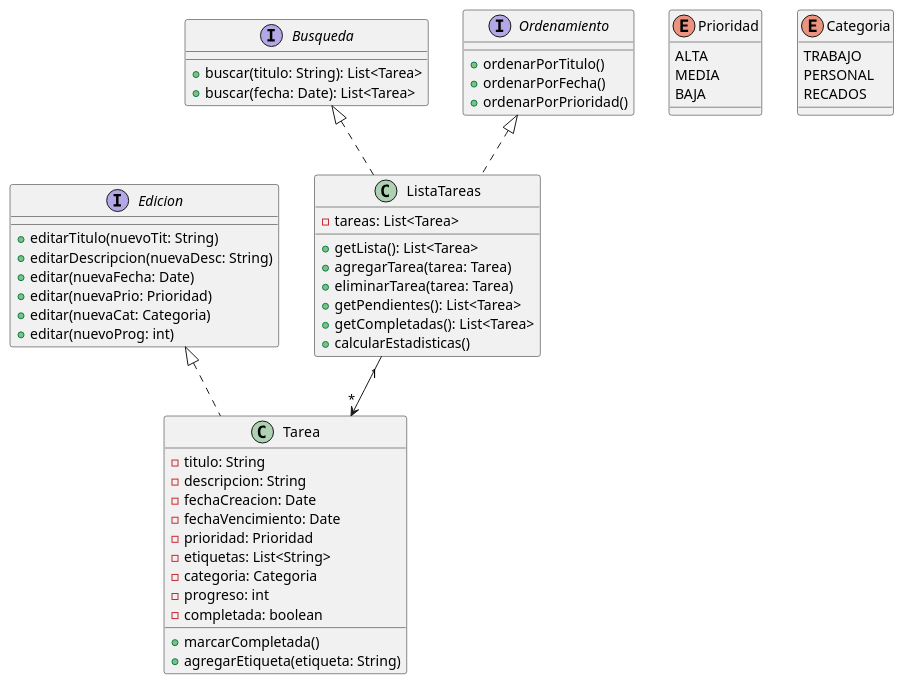
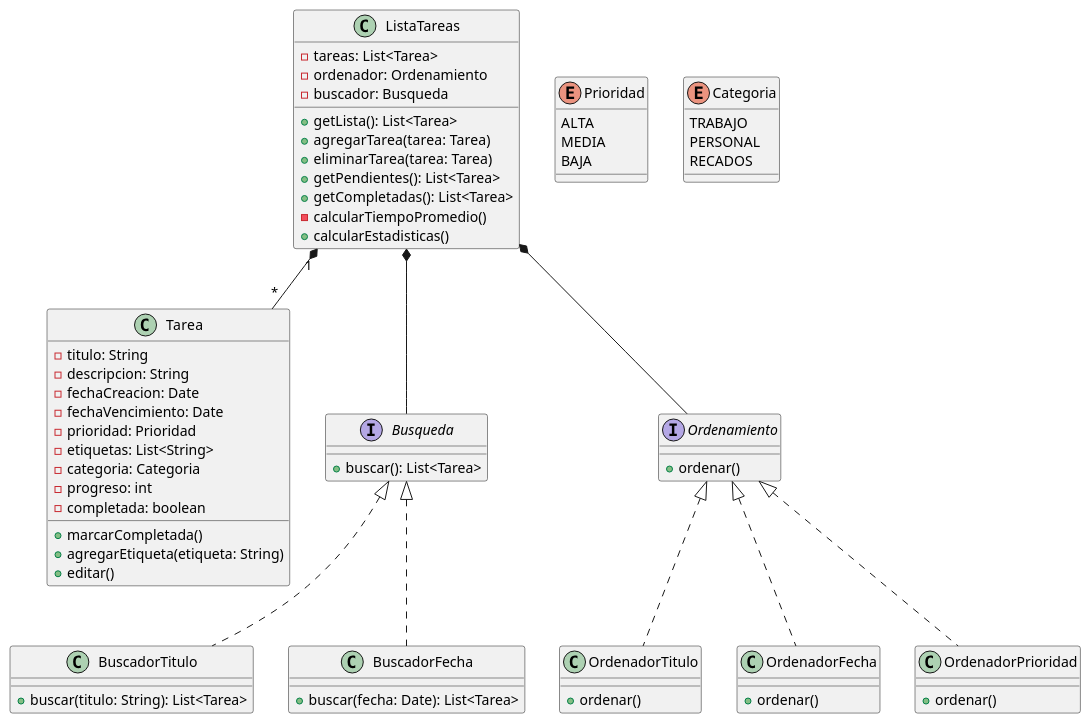
Before and after one commit to emmekka/todo-list: the diagram in todo_app/docs/diagramaClase.puml, drawn with PlantUML.

Commit message:
modifico diagrama clase

```diff
--- a/todo_app/docs/diagramaClase.puml
+++ b/todo_app/docs/diagramaClase.puml
@@ -1,61 +1,75 @@
 @startuml diagramaClase
 
-class ListaTareas implements Busqueda, Ordenamiento {
+class ListaTareas {
     - tareas: List<Tarea>
+    - ordenador: Ordenamiento
+    - buscador: Busqueda
     + getLista(): List<Tarea>
     + agregarTarea(tarea: Tarea)
     + eliminarTarea(tarea: Tarea)
     + getPendientes(): List<Tarea>
     + getCompletadas(): List<Tarea>
+    - calcularTiempoPromedio()
     + calcularEstadisticas()
 }
 
-class Tarea implements Edicion {
+class Tarea {
     - titulo: String
     - descripcion: String
     - fechaCreacion: Date
     - fechaVencimiento: Date
     - prioridad: Prioridad
     - etiquetas: List<String>
     - categoria: Categoria
     - progreso: int
     - completada: boolean
     + marcarCompletada()
     + agregarEtiqueta(etiqueta: String)
+    + editar()
 }
 
 interface Busqueda {
+    + buscar(): List<Tarea>
+}
+
+interface Ordenamiento {
+    + ordenar()
+}
+
+class BuscadorTitulo implements Busqueda {
     + buscar(titulo: String): List<Tarea>
+}
+
+class BuscadorFecha implements Busqueda {
     + buscar(fecha: Date): List<Tarea>
 }
 
-interface Ordenamiento {
-    + ordenarPorTitulo()
-    + ordenarPorFecha()
-    + ordenarPorPrioridad()
+class OrdenadorTitulo implements Ordenamiento {
+    + ordenar()
 }
 
-interface Edicion {
-    + editarTitulo(nuevoTit: String)
-    + editarDescripcion(nuevaDesc: String)
-    + editar(nuevaFecha: Date)
-    + editar(nuevaPrio: Prioridad)
-    + editar(nuevaCat: Categoria)
-    + editar(nuevoProg: int)
+class OrdenadorFecha implements Ordenamiento {
+    + ordenar()
+}
+
+class OrdenadorPrioridad implements Ordenamiento {
+    + ordenar()
 }
 
 enum Prioridad {
     ALTA
     MEDIA
     BAJA
 }
 
 enum Categoria {
     TRABAJO
     PERSONAL
     RECADOS
 }
 
-ListaTareas "1" --> "*" Tarea
+ListaTareas "1" *-- "*" Tarea
+ListaTareas *-- Busqueda
+ListaTareas *-- Ordenamiento
 
 @enduml
```
